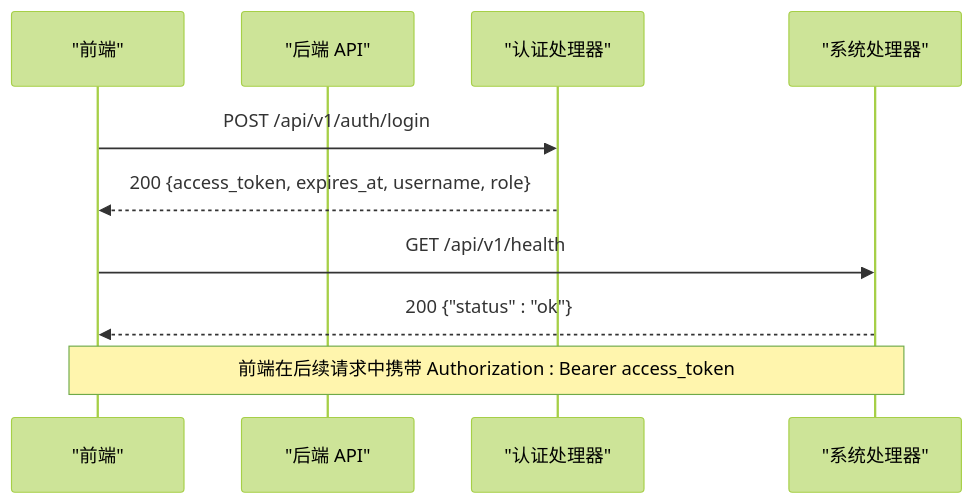
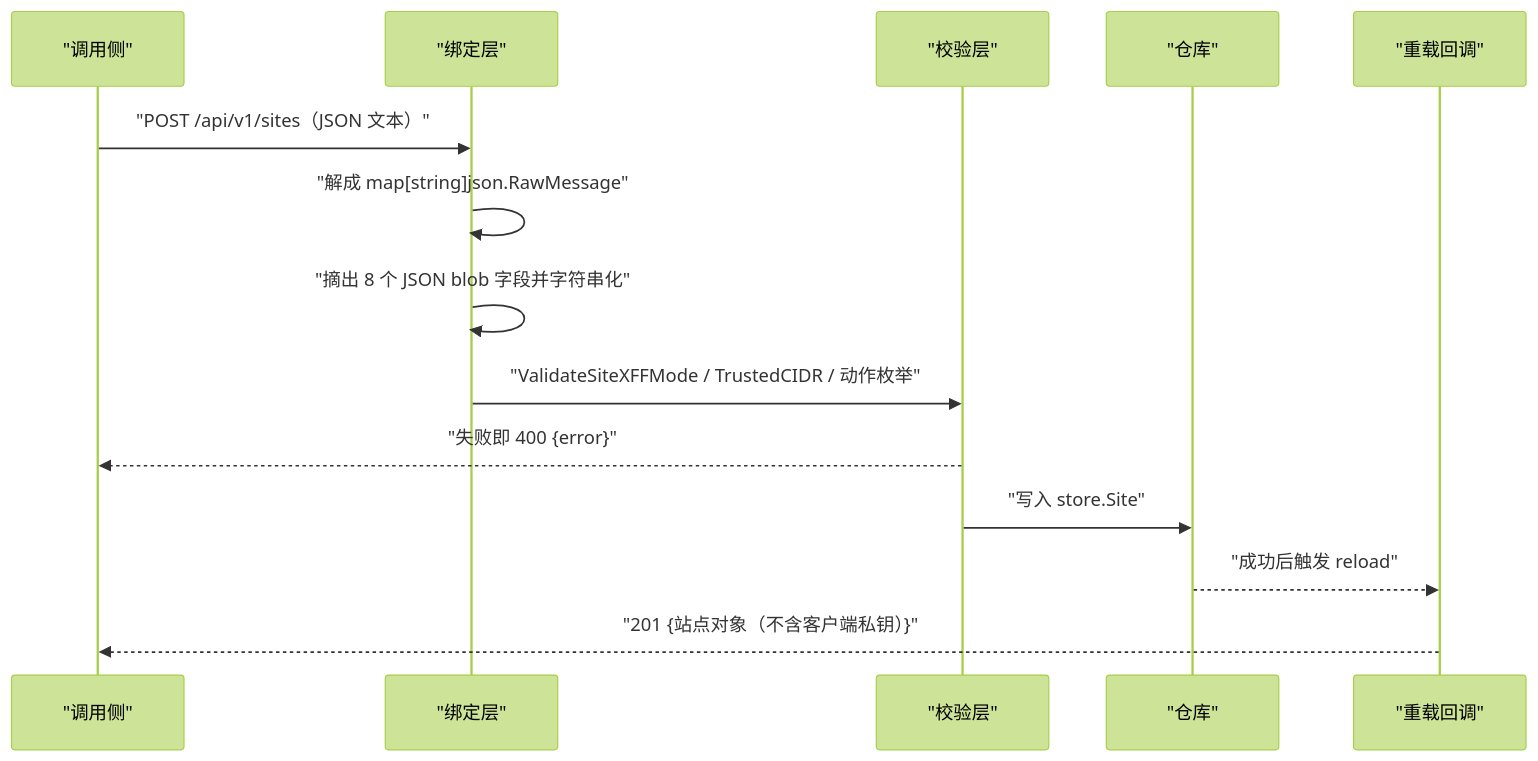
One commit to x01n/My-OpenWaf changed the third of 5 diagrams in docs/管理 API 系统/REST API 设计规范/请求响应格式规范.md. Above: the diagram before and after it, drawn with Mermaid (forest theme). The commit also changed other lines of this file and 622 other files, not shown here.

````diff
--- a/docs/管理 API 系统/REST API 设计规范/请求响应格式规范.md
+++ b/docs/管理 API 系统/REST API 设计规范/请求响应格式规范.md
@@ -108,12 +162,16 @@
 ```mermaid
 sequenceDiagram
-participant FE as "前端"
-participant API as "后端 API"
-participant AUTH as "认证处理器"
-participant SYS as "系统处理器"
-FE->>AUTH : POST /api/v1/auth/login
-AUTH-->>FE : 200 {access_token, expires_at, username, role}
-FE->>SYS : GET /api/v1/health
-SYS-->>FE : 200 {"status" : "ok"}
-Note over FE,SYS : 前端在后续请求中携带 Authorization : Bearer access_token
+participant FE as "调用侧"
+participant BD as "绑定层"
+participant VA as "校验层"
+participant RP as "仓库"
+participant RL as "重载回调"
+FE->>BD : "POST /api/v1/sites（JSON 文本）"
+BD->>BD : "解成 map[string]json.RawMessage"
+BD->>BD : "摘出 8 个 JSON blob 字段并字符串化"
+BD->>VA : "ValidateSiteXFFMode / TrustedCIDR / 动作枚举"
+VA-->>FE : "失败即 400 {error}"
+VA->>RP : "写入 store.Site"
+RP-->>RL : "成功后触发 reload"
+RL-->>FE : "201 {站点对象（不含客户端私钥）}"
 ```
````
